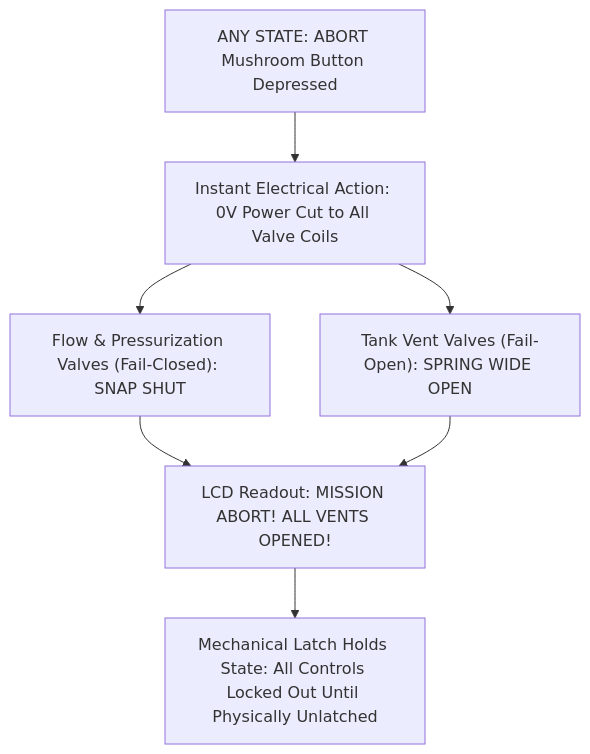
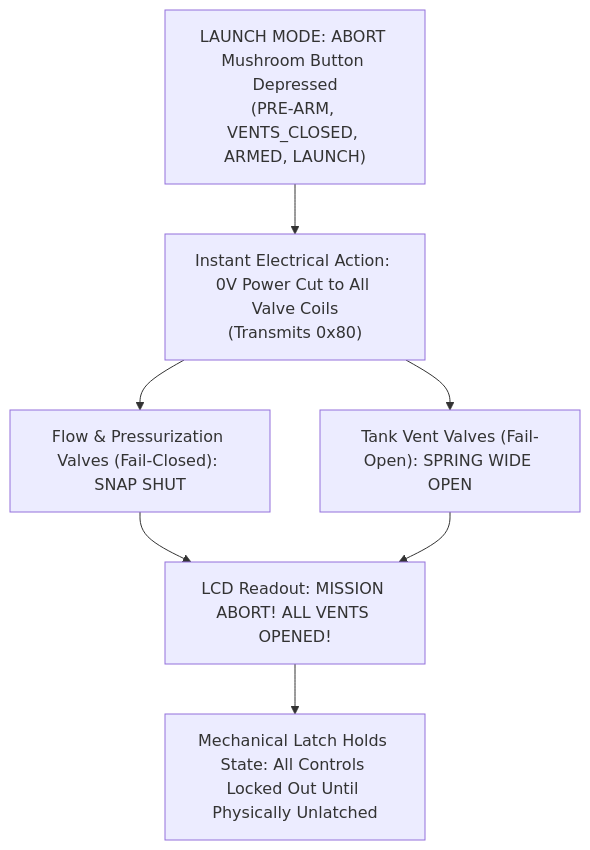
One commit to rocketproplab/phoenix-gs changed the second of 2 diagrams in OPERATOR_MANUAL.md. Above: the diagram before and after it, drawn with Mermaid. The commit also changed other lines of this file and 2 other files, not shown here.

````diff
--- a/OPERATOR_MANUAL.md
+++ b/OPERATOR_MANUAL.md
@@ -277,12 +282,12 @@
 ```mermaid
 flowchart TD
-    Trigger["ANY STATE: ABORT Mushroom Button Depressed"] --> PowerCut["Instant Electrical Action: 0V Power Cut to All Valve Coils"]
+    Trigger["LAUNCH MODE: ABORT Mushroom Button Depressed\n(PRE-ARM, VENTS_CLOSED, ARMED, LAUNCH)"] --> PowerCut["Instant Electrical Action: 0V Power Cut to All Valve Coils\n(Transmits 0x80)"]
     
     PowerCut --> Reaction1["Flow & Pressurization Valves (Fail-Closed): SNAP SHUT"]
     PowerCut --> Reaction2["Tank Vent Valves (Fail-Open): SPRING WIDE OPEN"]
     
     Reaction1 --> Screen["LCD Readout: MISSION ABORT! ALL VENTS OPENED!"]
     Reaction2 --> Screen
     
     Screen --> LatchState["Mechanical Latch Holds State: All Controls Locked Out Until Physically Unlatched"]
 ```
````
